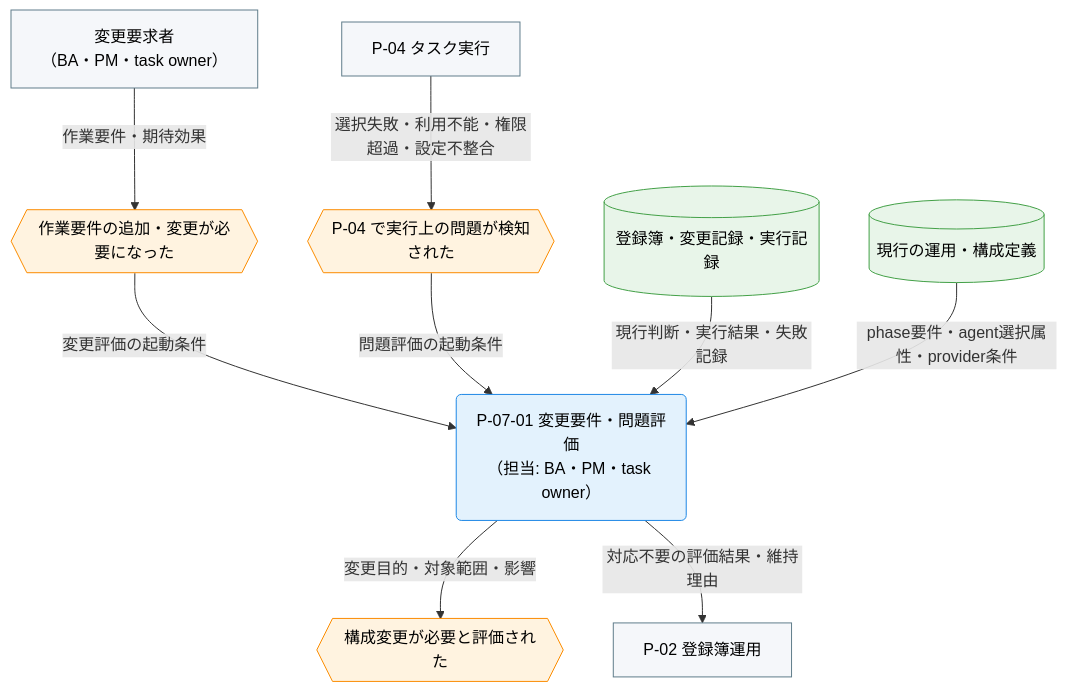
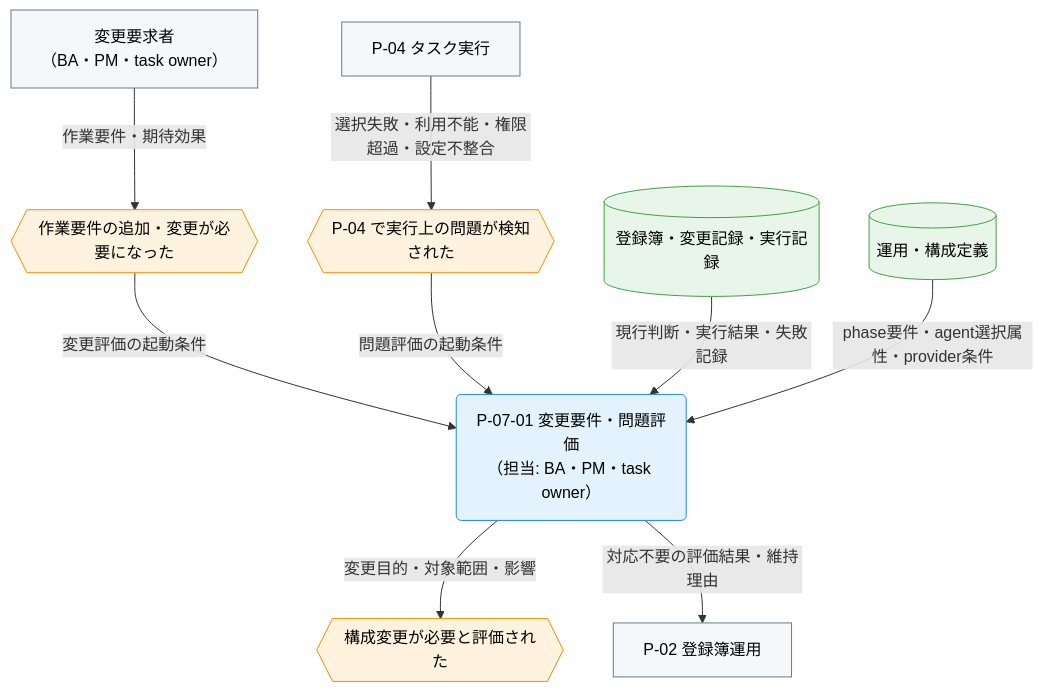
The first of 2 diagrams in docs/ja/product/010-business-specs/010-data-flow/cdfd-agent-config-operation.md (specdojo/specdojo), drawn with Mermaid before and after one commit. The commit also changed other lines of this file and 4 other files, not shown here.

Commit message:
exec(T-DATA-FLOW-cdfd-agent-config-operation-080): apply task changes

````diff
--- a/docs/ja/product/010-business-specs/010-data-flow/cdfd-agent-config-operation.md
+++ b/docs/ja/product/010-business-specs/010-data-flow/cdfd-agent-config-operation.md
@@ -49,34 +49,34 @@
 ```mermaid
 flowchart TB
   classDef process fill:#e3f2fd,stroke:#1e88e5,color:#000
   classDef event fill:#fff3e0,stroke:#fb8c00,color:#000
   classDef store fill:#e8f5e9,stroke:#43a047,color:#000
   classDef actor fill:#f5f7fa,stroke:#607d8b,color:#000
 
   変更要求者["変更要求者<br>（BA・PM・task owner）"]
   タスク実行["P-04 タスク実行"]
   登録簿運用["P-02 登録簿運用"]
 
   作業要件変更{{"作業要件の追加・変更が必要になった"}}
   実行問題検知{{"P-04 で実行上の問題が検知された"}}
   構成変更必要{{"構成変更が必要と評価された"}}
 
   変更要件問題評価("P-07-01 変更要件・問題評価<br>（担当: BA・PM・task owner）")
 
   変更実行記録[("登録簿・変更記録・実行記録")]
-  運用構成定義[("現行の運用・構成定義")]
+  運用構成定義[("運用・構成定義")]
 
   変更要求者 -->|"作業要件・期待効果"| 作業要件変更
   作業要件変更 -->|"変更評価の起動条件"| 変更要件問題評価
   タスク実行 -->|"選択失敗・利用不能・権限超過・設定不整合"| 実行問題検知
   実行問題検知 -->|"問題評価の起動条件"| 変更要件問題評価
   変更実行記録 -->|"現行判断・実行結果・失敗記録"| 変更要件問題評価
   運用構成定義 -->|"phase要件・agent選択属性・provider条件"| 変更要件問題評価
   変更要件問題評価 -->|"変更目的・対象範囲・影響"| 構成変更必要
   変更要件問題評価 -->|"対応不要の評価結果・維持理由"| 登録簿運用
 
   class 変更要件問題評価 process
   class 作業要件変更,実行問題検知,構成変更必要 event
   class 変更実行記録,運用構成定義 store
   class 変更要求者,タスク実行,登録簿運用 actor
 ```
````
